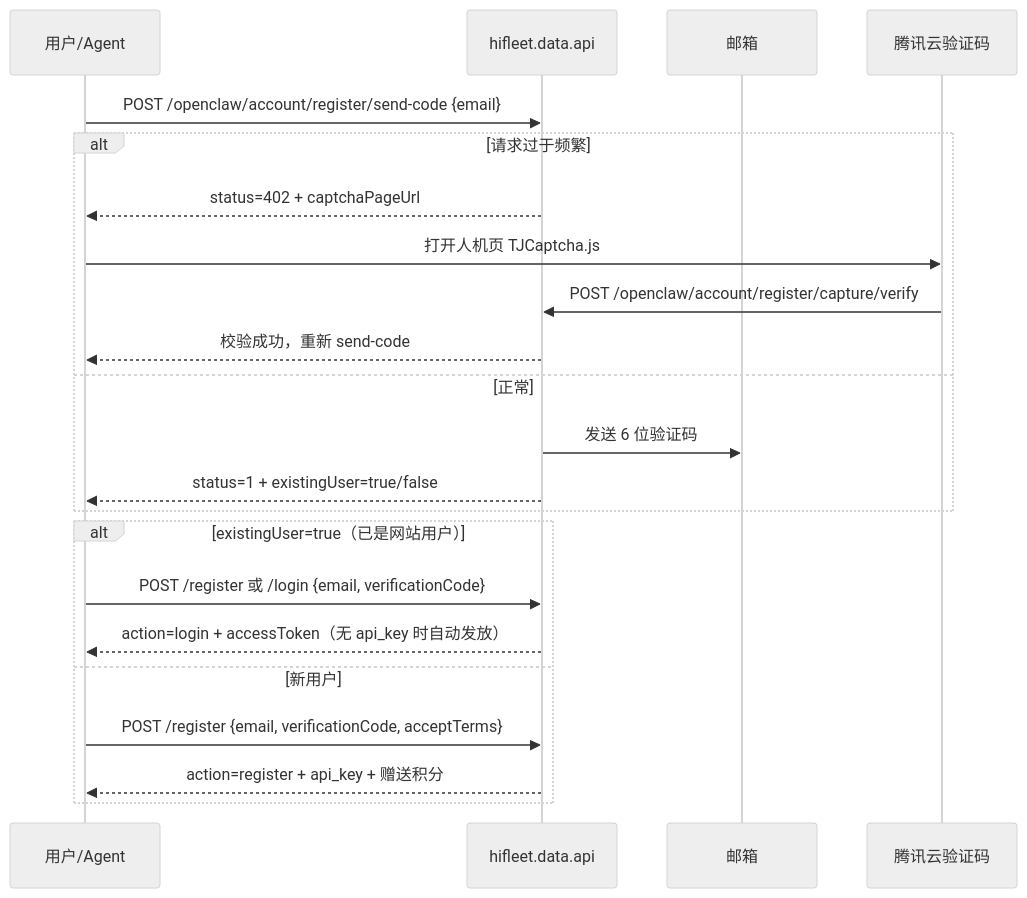
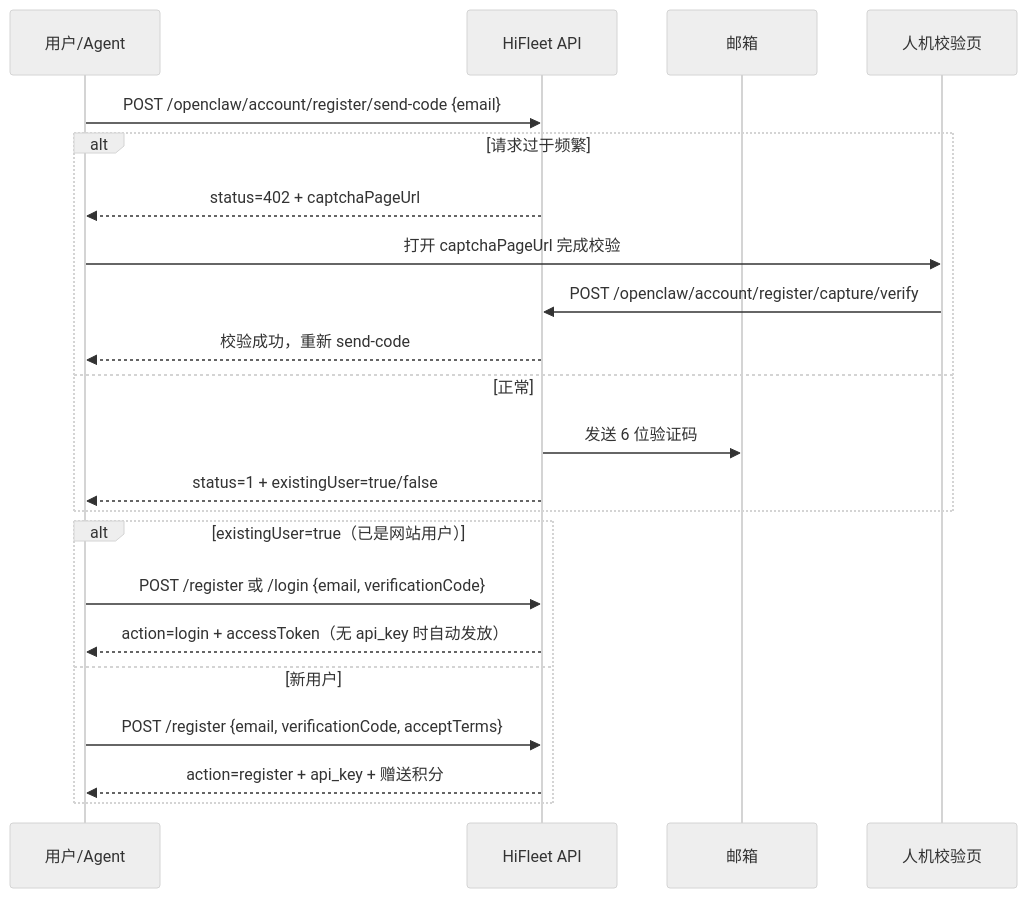
Before and after one commit to charleiWang/hifleet-skills: the second of 2 diagrams in references/account_onboarding_api.md, drawn with Mermaid (neutral theme). The commit also changed other lines of this file and 9 other files, not shown here.

````diff
--- a/references/account_onboarding_api.md
+++ b/references/account_onboarding_api.md
@@ -76,25 +77,25 @@
 ```mermaid
 sequenceDiagram
     participant U as 用户/Agent
-    participant API as hifleet.data.api
+    participant API as HiFleet API
     participant Mail as 邮箱
-    participant TC as 腾讯云验证码
+    participant Cap as 人机校验页
 
     U->>API: POST /openclaw/account/register/send-code {email}
     alt 请求过于频繁
         API-->>U: status=402 + captchaPageUrl
-        U->>TC: 打开人机页 TJCaptcha.js
-        TC->>API: POST /openclaw/account/register/capture/verify
+        U->>Cap: 打开 captchaPageUrl 完成校验
+        Cap->>API: POST /openclaw/account/register/capture/verify
         API-->>U: 校验成功，重新 send-code
     else 正常
         API->>Mail: 发送 6 位验证码
         API-->>U: status=1 + existingUser=true/false
     end
     alt existingUser=true（已是网站用户）
         U->>API: POST /register 或 /login {email, verificationCode}
         API-->>U: action=login + accessToken（无 api_key 时自动发放）
     else 新用户
         U->>API: POST /register {email, verificationCode, acceptTerms}
         API-->>U: action=register + api_key + 赠送积分
     end
 ```
````
